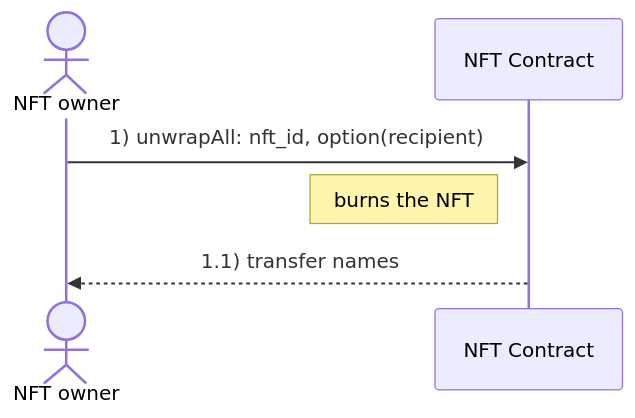
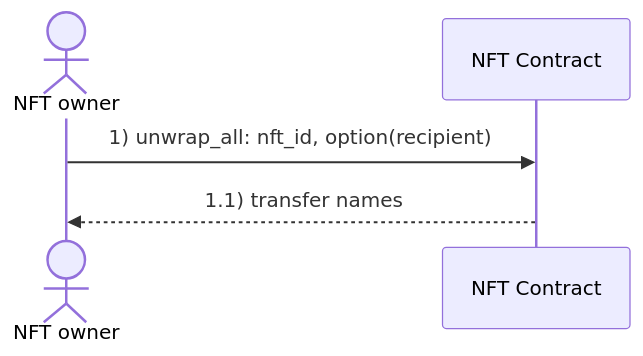
The third of 3 diagrams in docs/diagrams/unwrap_aens_names.md (marc0olo/aens-nfts), drawn with Mermaid before and after one commit. The commit also changed other lines of this file and 17 other files, not shown here.

````diff
--- a/docs/diagrams/unwrap_aens_names.md
+++ b/docs/diagrams/unwrap_aens_names.md
@@ -23,7 +23,6 @@
 ```mermaid
 sequenceDiagram
     actor NFT owner
-    NFT owner ->> NFT Contract: 1) unwrapAll: nft_id, option(recipient)
-    Note left of NFT Contract: burns the NFT
+    NFT owner ->> NFT Contract: 1) unwrap_all: nft_id, option(recipient)
     NFT Contract -->> NFT owner: 1.1) transfer names
 ```
````
